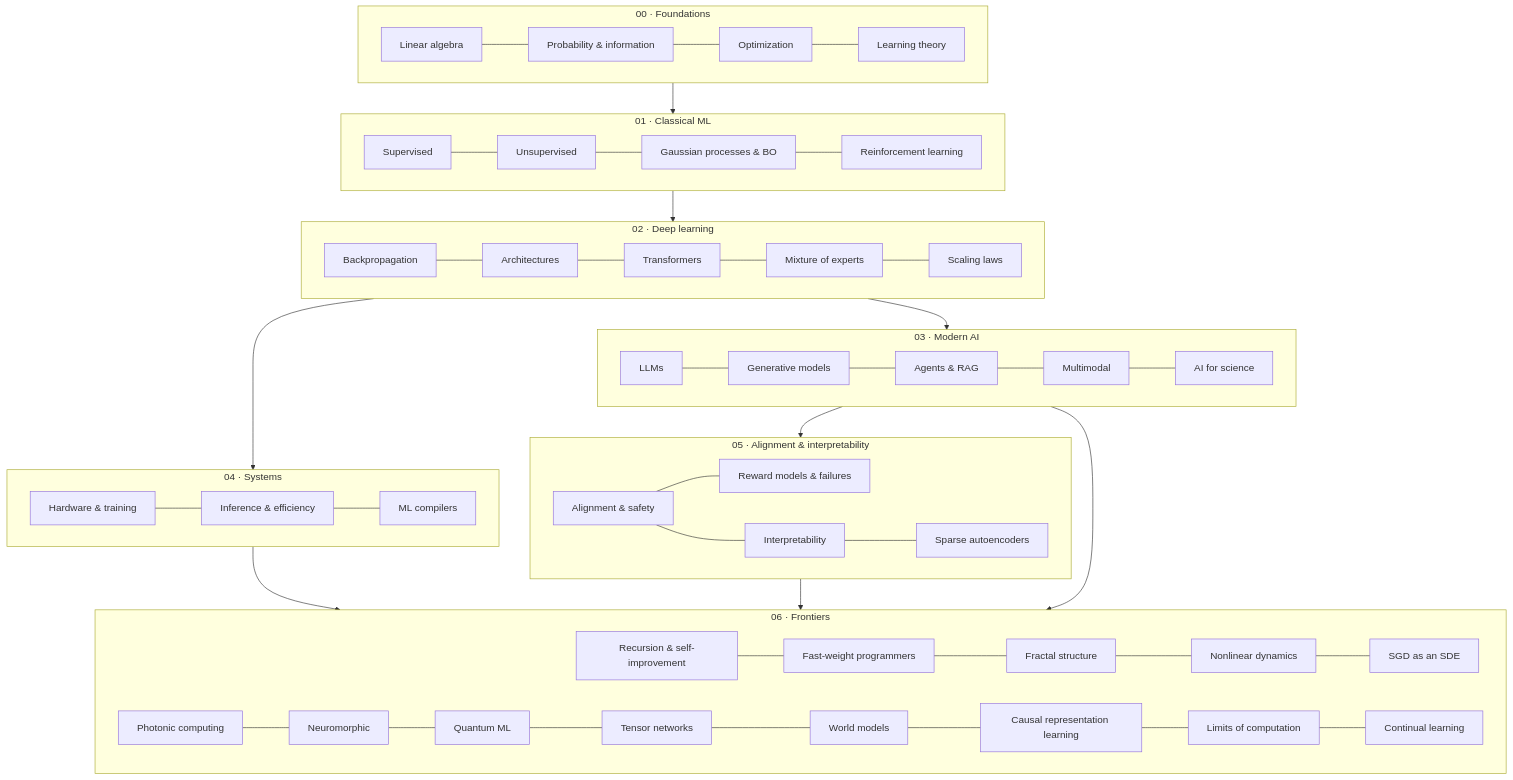
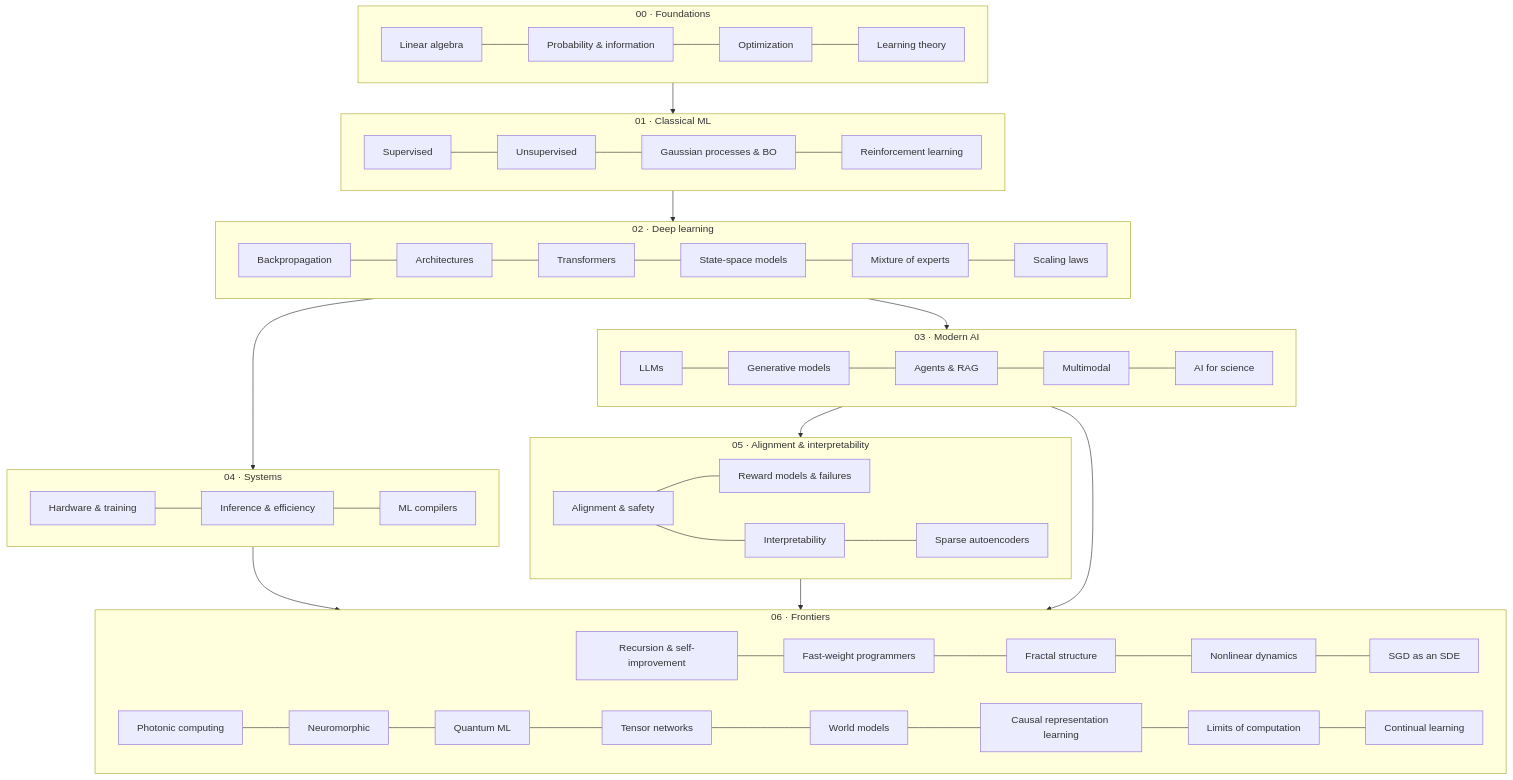
One commit to marcpoliquin5/understanding-ai changed the diagram in README.md. Above: the diagram before and after it, drawn with Mermaid. The commit also changed other lines of this file and 7 other files, not shown here.

Commit message:
Add State-space models page (Deep learning) with tested sketch and 28 new checked references

````diff
--- a/README.md
+++ b/README.md
@@ -30,32 +30,32 @@
 ```mermaid
 flowchart TB
     subgraph F[00 · Foundations]
         F1[Linear algebra] --- F2[Probability & information] --- F3[Optimization] --- F4[Learning theory]
     end
     subgraph C[01 · Classical ML]
         C1[Supervised] --- C2[Unsupervised] --- C4[Gaussian processes & BO] --- C3[Reinforcement learning]
     end
     subgraph D[02 · Deep learning]
-        D1[Backpropagation] --- D2[Architectures] --- D3[Transformers] --- D5[Mixture of experts] --- D4[Scaling laws]
+        D1[Backpropagation] --- D2[Architectures] --- D3[Transformers] --- D6[State-space models] --- D5[Mixture of experts] --- D4[Scaling laws]
     end
     subgraph M[03 · Modern AI]
         M1[LLMs] --- M2[Generative models] --- M3[Agents & RAG] --- M4[Multimodal] --- M5[AI for science]
     end
     subgraph S[04 · Systems]
         S1[Hardware & training] --- S2[Inference & efficiency] --- S3[ML compilers]
     end
     subgraph A[05 · Alignment & interpretability]
         A1[Alignment & safety] --- A3[Reward models & failures]
         A1 --- A2[Interpretability] --- A4[Sparse autoencoders]
     end
     subgraph X[06 · Frontiers]
         X1[Recursion & self-improvement] --- X1b[Fast-weight programmers] --- X2[Fractal structure] --- X3[Nonlinear dynamics] --- X3b[SGD as an SDE]
         X4[Photonic computing] --- X5[Neuromorphic] --- X6[Quantum ML] --- X6b[Tensor networks] --- X7[World models] --- X7b[Causal representation learning] --- X8[Limits of computation] --- X9[Continual learning]
     end
     F --> C --> D --> M
     D --> S
     M --> A
     S --> X
     A --> X
     M --> X
 ```
````
